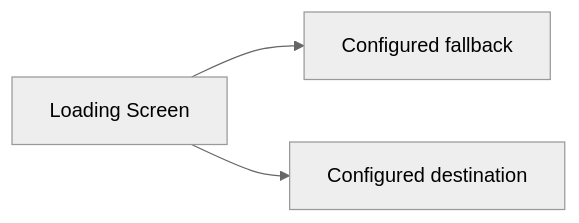
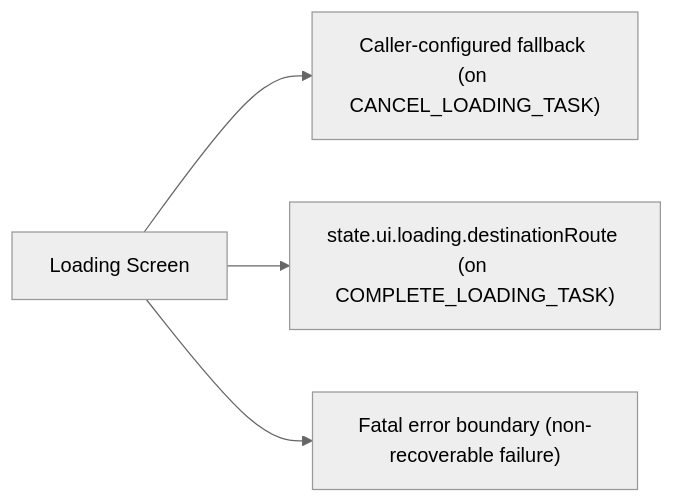
Before and after one commit to SunaNoOshiro/Heroes_Reforged_AI_Realms: the fifth of 5 diagrams in docs/architecture/wiki/screens/59-loading-screen/architecture.md, drawn with Mermaid (neutral theme). The commit also changed other lines of this file and 518 other files, not shown here.

First line of the commit message:
Add doc-audit skill and sweep architecture/screen docs

````diff
--- a/docs/architecture/wiki/screens/59-loading-screen/architecture.md
+++ b/docs/architecture/wiki/screens/59-loading-screen/architecture.md
@@ -68,6 +73,7 @@
 ```mermaid
 flowchart LR
   Current["Loading Screen"]
-  Current --> T0["Configured fallback"]
-  Current --> T1["Configured destination"]
+  Current --> T0["Caller-configured fallback (on CANCEL_LOADING_TASK)"]
+  Current --> T1["state.ui.loading.destinationRoute (on COMPLETE_LOADING_TASK)"]
+  Current --> T2["Fatal error boundary (non-recoverable failure)"]
 ```
````
